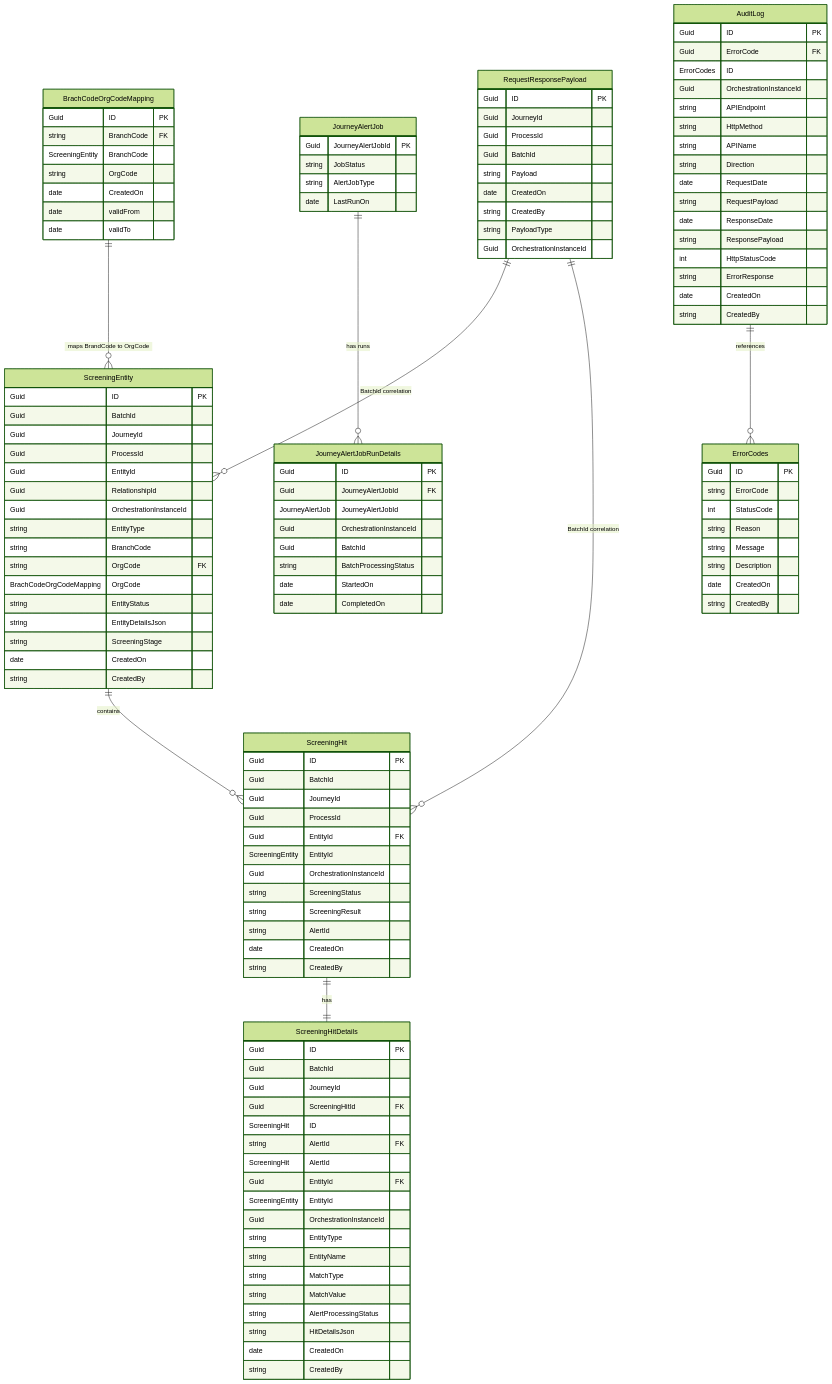
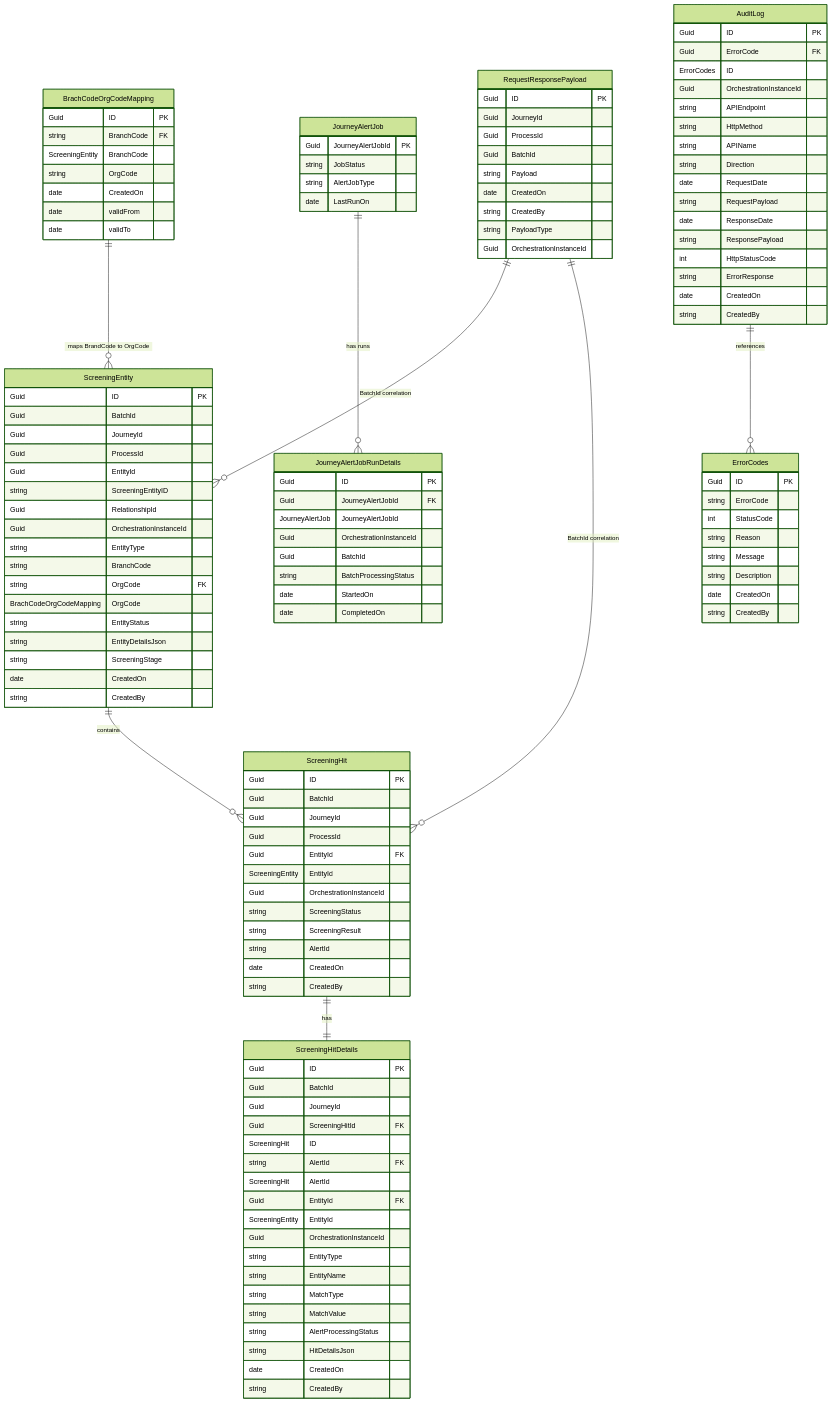
One commit to jojokoshy/Architecture_Diagrams_Python_AI changed the diagram in Arch_Diagrams/v2/screenERD.mmd. Above: the diagram before and after it, drawn with Mermaid (forest theme). The commit also changed 1 other file, not shown here.

Commit message:
Update Main Flow diagram: enhance entity processing steps and clarify data handling for Branch and Department mapping

```diff
--- a/Arch_Diagrams/v2/screenERD.mmd
+++ b/Arch_Diagrams/v2/screenERD.mmd
@@ -1,152 +1,154 @@
 erDiagram
     %% FK label convention:
     %%  - Relationship labels use the format "SourceField -> TargetField" to show FK -> PK mappings.
     %%  - Example: ScreeningBatch }o--|| RequestResponsePayload : "ScreenRequestPayloadId -> ID"
     %%    means ScreeningBatch.ScreenRequestPayloadId references RequestResponsePayload.ID (FK -> PK).
     %%  - Multiplicity notation follows Mermaid ER style: || = one, }o = many/optional.
 
     RequestResponsePayload {
         Guid ID PK
         Guid JourneyId
         Guid ProcessId
         Guid BatchId
         string Payload
         date CreatedOn
         string CreatedBy
         string PayloadType
          %%% OrchestrationInstanceId is used to correlate multiple entities screened in the same orchestration instance. The instance id is from Azure Durable Functions.
         Guid OrchestrationInstanceId
         %% Notes:
         %% - JourneyId and ProcessId are intentionally duplicated in RequestResponsePayload for query convenience
         %%   (they should match the values in the parent ScreeningBatch row).
         %% - To guarantee exactly one Request and one Response per batch add a DB unique constraint:
         %%   UNIQUE(BatchId, PayloadType).
         %% - PayloadType values are expected to be 'JourneySuperGraphRequest' or 'JourneySuperGraphResponse' or EntitySuperGraphRequest or 'EntitySuperGraphResponse'
 
     }
     ScreeningEntity {
         Guid ID PK
         Guid BatchId
         Guid JourneyId
         Guid ProcessId
         Guid EntityId
+        %% The ScreeningEntityID is a combination of EntityId and BranchCode to uniquely identify an entity being screened per branch.
+        string ScreeningEntityID
         Guid RelationshipId
         %%% OrchestrationInstanceId is used to correlate multiple entities screened in the same orchestration instance. The instance id is from Azure Durable Functions.
         Guid OrchestrationInstanceId
         string EntityType
         %% e.g., for a person, this could be 'IND' for individual"
         string BranchCode 
         %% BranchCode will be used to Derive OrgCode from a Mapping Table
         string OrgCode FK BrachCodeOrgCodeMapping OrgCode
         string EntityStatus 
         string EntityDetailsJson
         string ScreeningStage
         date CreatedOn
         string CreatedBy
     }
     
     BrachCodeOrgCodeMapping {
         Guid ID PK
         string BranchCode FK ScreeningEntity BranchCode
         string OrgCode 
         date CreatedOn
         date validFrom
         date validTo
     }
 
     ScreeningHit {
         Guid ID PK
         Guid BatchId
         Guid JourneyId
         Guid ProcessId
         Guid EntityId FK ScreeningEntity EntityId
          %%% OrchestrationInstanceId is used to correlate multiple entities screened in the same orchestration instance. The instance id is from Azure Durable Functions.
         Guid OrchestrationInstanceId
         %%% The Screening Flag indicates if the Entity Triggered a Screening - Yes/No from NetReveal - Screening Field.
         string ScreeningStatus
         %%% If Screening Flag is Yes then Possible Values are Hit/NoHit as returned from NetReveal - Result Field in the XML
         string ScreeningResult
         %%% The AlertId is only returned if Screening is Yes
         string AlertId
         date CreatedOn
         string CreatedBy
     }
     
 
     ScreeningHitDetails {
         Guid ID PK
         Guid BatchId
         Guid JourneyId
         Guid ScreeningHitId FK ScreeningHit ID
         string AlertId FK ScreeningHit AlertId
         Guid EntityId FK ScreeningEntity EntityId
          %%% OrchestrationInstanceId is used to correlate multiple entities screened in the same orchestration instance. The instance id is from Azure Durable Functions.
         Guid OrchestrationInstanceId
         string EntityType
         string EntityName
         string MatchType
         string MatchValue
         string AlertProcessingStatus
         string HitDetailsJson
         date CreatedOn
         string CreatedBy
 
     }
     
     JourneyAlertJob {
         Guid JourneyAlertJobId PK
         string JobStatus
         %% This will store values to indicate if the alert job is using NetReveal as Alert source or the Database as Alert source ( used for proceessing open alerts)
         string AlertJobType
         date LastRunOn
         
     }
     JourneyAlertJobRunDetails {
         Guid ID PK
         Guid JourneyAlertJobId FK JourneyAlertJob JourneyAlertJobId
          %%% OrchestrationInstanceId is used to correlate multiple entities screened in the same orchestration instance. The instance id is from Azure Durable Functions.
         Guid OrchestrationInstanceId
         Guid BatchId
         string BatchProcessingStatus
         date StartedOn
         date CompletedOn
     }
 
     AuditLog {
         Guid ID PK
         Guid ErrorCode FK ErrorCodes ID
          %%% OrchestrationInstanceId is used to correlate multiple entities screened in the same orchestration instance. The instance id is from Azure Durable Functions.
         Guid OrchestrationInstanceId
         string APIEndpoint
         string HttpMethod
         string APIName
         string Direction
         date RequestDate
         string RequestPayload
         date ResponseDate
         string ResponsePayload
         int HttpStatusCode
         string ErrorResponse
         date CreatedOn
         string CreatedBy
     }
     
 
     ErrorCodes {
         Guid ID PK
         string ErrorCode
         int StatusCode
         string Reason
         string Message
         string Description
         date CreatedOn
         string CreatedBy
     }
     
 
     
     ScreeningEntity ||--o{ ScreeningHit : contains
     ScreeningHit ||--|| ScreeningHitDetails : has
     AuditLog ||--o{ ErrorCodes : references    JourneyAlertJob ||--o{ JourneyAlertJobRunDetails : "has runs"
     BrachCodeOrgCodeMapping ||--o{ ScreeningEntity : "maps BrandCode to OrgCode"RequestResponsePayload ||--o{ ScreeningEntity : "BatchId correlation"
 RequestResponsePayload ||--o{ ScreeningHit : "BatchId correlation"
```
